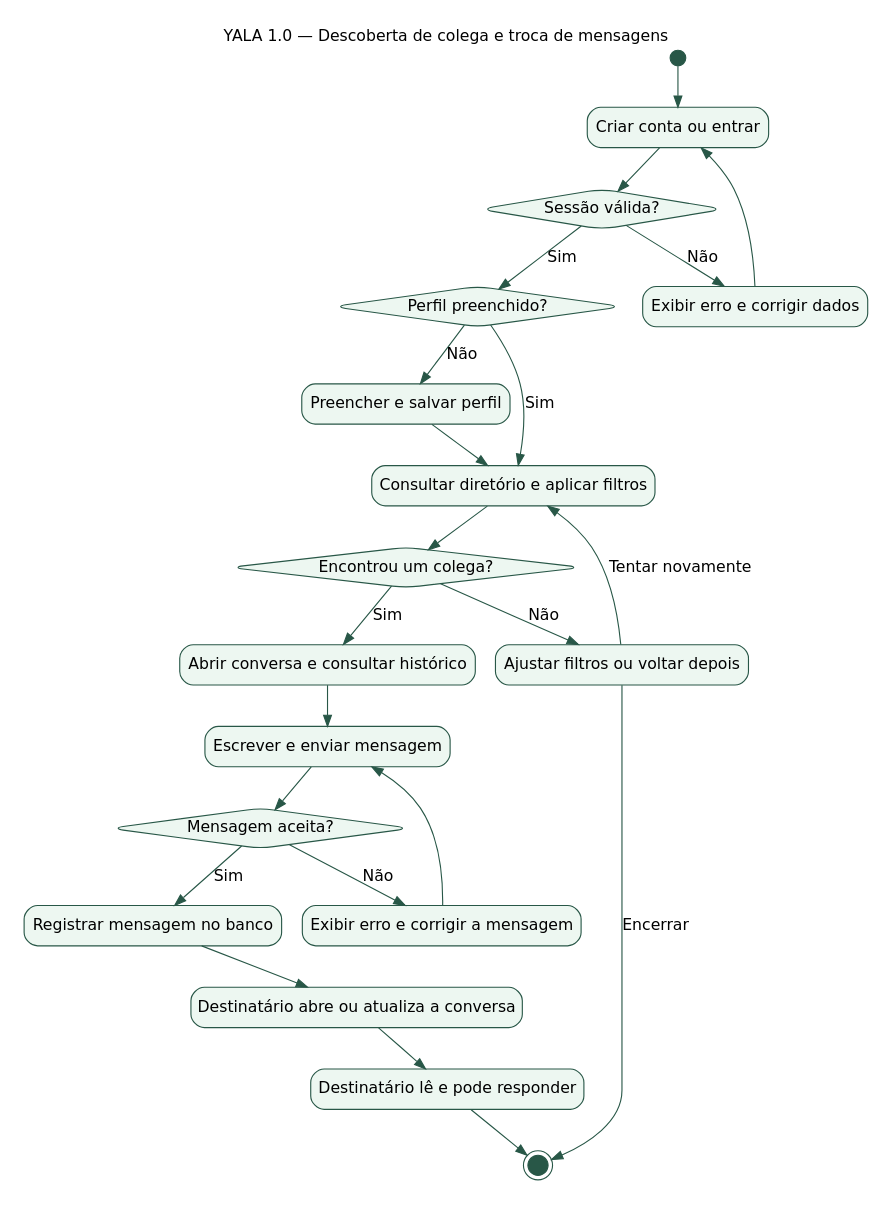
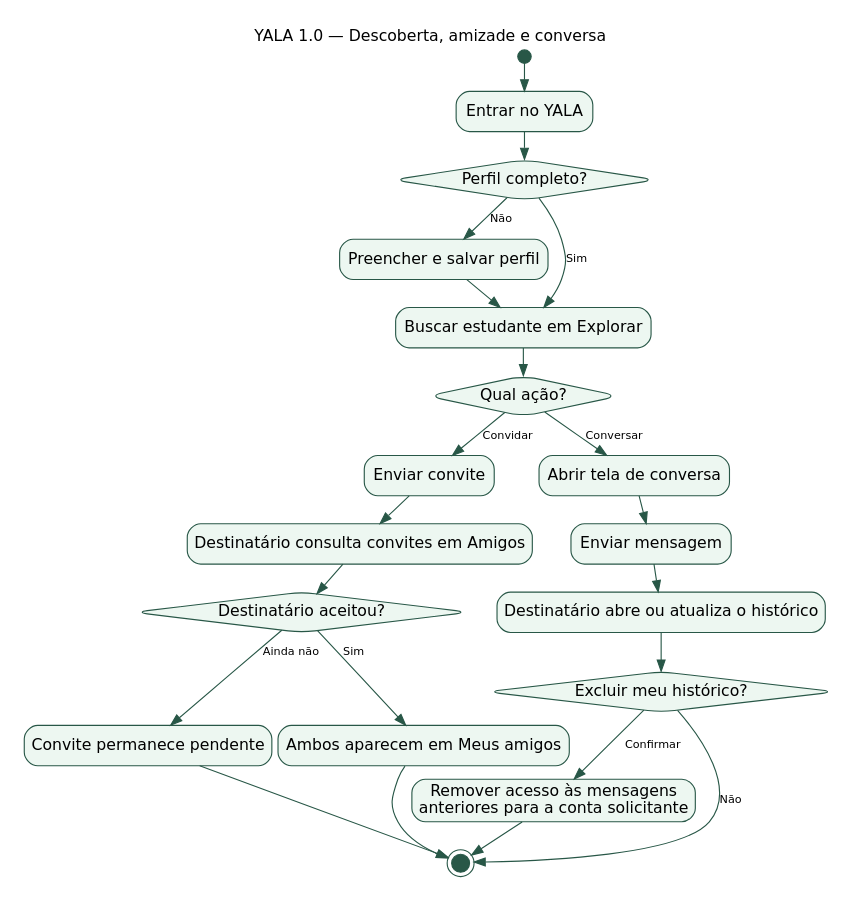
Before and after one commit to lucianofreire29/yala: the diagram in docs/diagramas/atividade.dot, drawn with Graphviz. The commit also changed 5 other files, not shown here.

Commit message:
docs: atualiza os diagramas para a entrega acadêmica

```diff
--- a/docs/diagramas/atividade.dot
+++ b/docs/diagramas/atividade.dot
@@ -1,39 +1,40 @@
 digraph YALA {
-  graph [bgcolor="white", fontname="DejaVu Sans", label="YALA 1.0 — Descoberta de colega e troca de mensagens", labelloc=t, pad=0.2];
+  graph [bgcolor="white", fontname="DejaVu Sans", label="YALA 1.0 — Descoberta, amizade e conversa", labelloc=t, pad=0.2, nodesep=0.35, ranksep=0.34];
   node [fontname="DejaVu Sans", shape=box, style="rounded,filled", fillcolor="#edf7f1", color="#285747"];
-  edge [fontname="DejaVu Sans", color="#285747"];
-  inicio [shape=circle, fixedsize=true, width=0.20, label="", fillcolor="#285747"];
-  acesso [label="Criar conta ou entrar"];
-  autenticado [shape=diamond, label="Sessão válida?"];
-  corrigir [label="Exibir erro e corrigir dados"];
-  tem_perfil [shape=diamond, label="Perfil preenchido?"];
+  edge [fontname="DejaVu Sans", fontsize=10, color="#285747"];
+  inicio [shape=circle, fixedsize=true, width=0.16, label="", fillcolor="#285747"];
+  acesso [label="Entrar no YALA"];
+  perfil [shape=diamond, label="Perfil completo?"];
   salvar [label="Preencher e salvar perfil"];
-  buscar [label="Consultar diretório e aplicar filtros"];
-  encontrou [shape=diamond, label="Encontrou um colega?"];
-  ajustar [label="Ajustar filtros ou voltar depois"];
-  abrir [label="Abrir conversa e consultar histórico"];
-  escrever [label="Escrever e enviar mensagem"];
-  valida [shape=diamond, label="Mensagem aceita?"];
-  erro [label="Exibir erro e corrigir a mensagem"];
-  registrar [label="Registrar mensagem no banco"];
-  destinatario [label="Destinatário abre ou atualiza a conversa"];
-  responder [label="Destinatário lê e pode responder"];
-  fim [shape=doublecircle, fixedsize=true, width=0.25, label="", fillcolor="#285747"];
-  inicio -> acesso -> autenticado;
-  autenticado -> corrigir [label="Não"];
-  corrigir -> acesso;
-  autenticado -> tem_perfil [label="Sim"];
-  tem_perfil -> salvar [label="Não"];
-  salvar -> buscar;
-  tem_perfil -> buscar [label="Sim"];
-  buscar -> encontrou;
-  encontrou -> ajustar [label="Não"];
-  ajustar -> buscar [label="Tentar novamente"];
-  ajustar -> fim [label="Encerrar"];
-  encontrou -> abrir [label="Sim"];
-  abrir -> escrever -> valida;
-  valida -> erro [label="Não"];
-  erro -> escrever;
-  valida -> registrar [label="Sim"];
-  registrar -> destinatario -> responder -> fim;
+  explorar [label="Buscar estudante em Explorar"];
+  escolher [shape=diamond, label="Qual ação?"];
+  convidar [label="Enviar convite"];
+  receber [label="Destinatário consulta convites em Amigos"];
+  aceitou [shape=diamond, label="Destinatário aceitou?"];
+  pendente [label="Convite permanece pendente"];
+  amigos [label="Ambos aparecem em Meus amigos"];
+  abrir [label="Abrir tela de conversa"];
+  enviar [label="Enviar mensagem"];
+  ler [label="Destinatário abre ou atualiza o histórico"];
+  excluir [shape=diamond, label="Excluir meu histórico?"];
+  ocultar [label="Remover acesso às mensagens\nanteriores para a conta solicitante"];
+  fim [shape=doublecircle, fixedsize=true, width=0.22, label="", fillcolor="#285747"];
+  inicio -> acesso -> perfil;
+  perfil -> salvar [label="Não"];
+  perfil -> explorar [label="Sim"];
+  salvar -> explorar -> escolher;
+  escolher -> convidar [label="Convidar"];
+  escolher -> abrir [label="Conversar"];
+  convidar -> receber -> aceitou;
+  aceitou -> pendente [label="Ainda não"];
+  aceitou -> amigos [label="Sim"];
+  amigos -> fim;
+  pendente -> fim;
+  abrir -> enviar -> ler -> excluir;
+  excluir -> ocultar [label="Confirmar"];
+  excluir -> fim [label="Não"];
+  ocultar -> fim;
+  {rank=same; convidar; abrir;}
+  {rank=same; receber; enviar;}
+  {rank=same; aceitou; ler;}
 }
```
